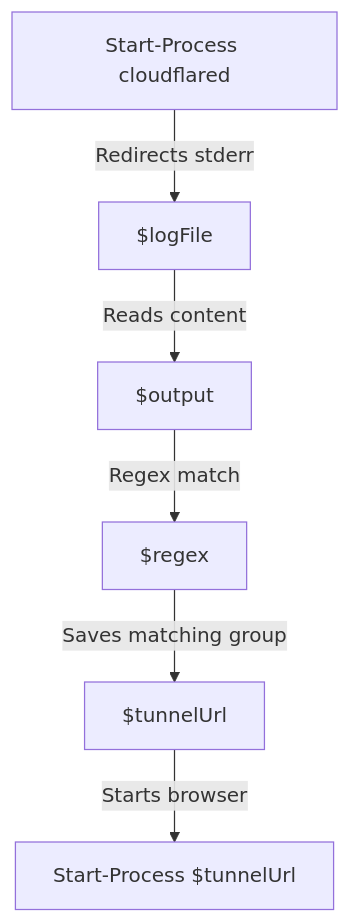
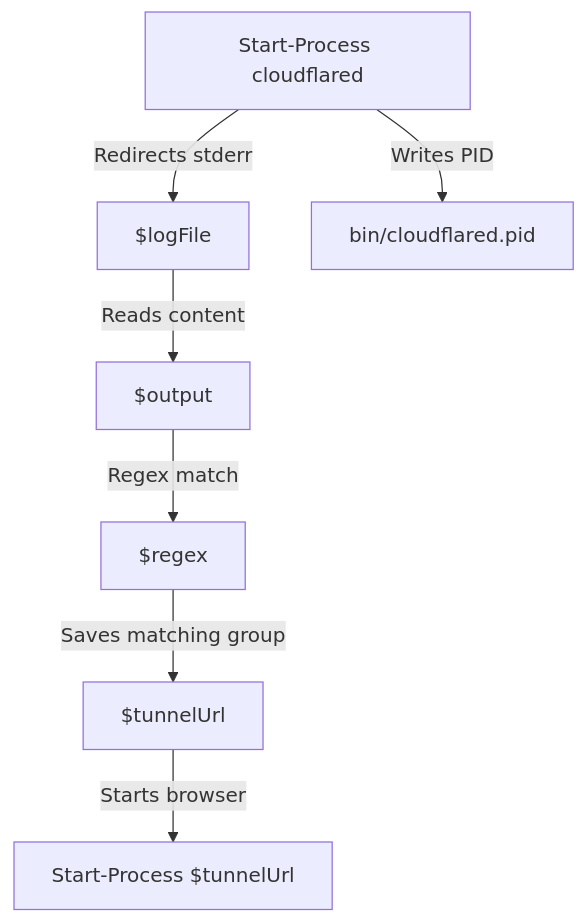
The diagram in docs/variables'n'functions/[PowerShell]start_tunnel.md (DovahkiinYuzuko/ddo-saba), drawn with Mermaid before and after one commit. The commit also changed other lines of this file and 11 other files, not shown here.

````diff
--- a/docs/variables'n'functions/[PowerShell]start_tunnel.md
+++ b/docs/variables'n'functions/[PowerShell]start_tunnel.md
@@ -56,8 +64,9 @@
 ```mermaid
 graph TD
     StartProcess[Start-Process cloudflared] --> |Redirects stderr| LogFile[$logFile]
+    StartProcess --> |Writes PID| PIDFile["bin/cloudflared.pid"]
     LogFile --> |Reads content| Output[$output]
     Output --> |Regex match| RegexMatch[$regex]
     RegexMatch --> |Saves matching group| TunnelURL[$tunnelUrl]
     TunnelURL --> |Starts browser| LaunchBrowser[Start-Process $tunnelUrl]
 ```
````
